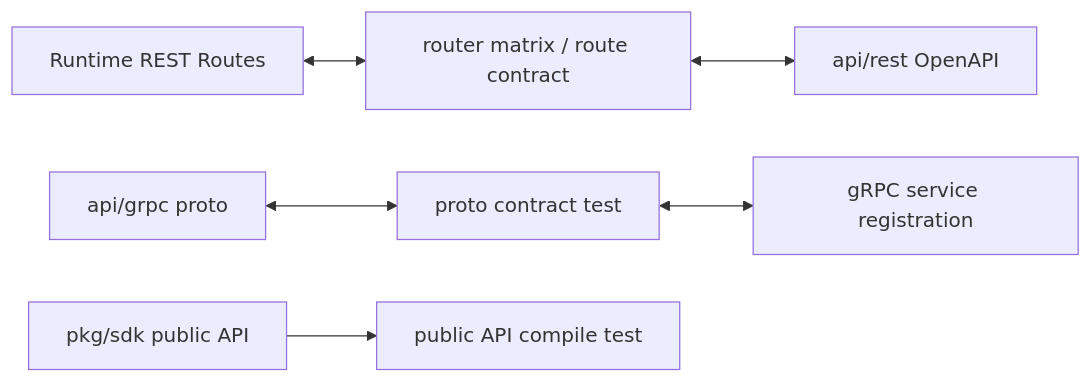
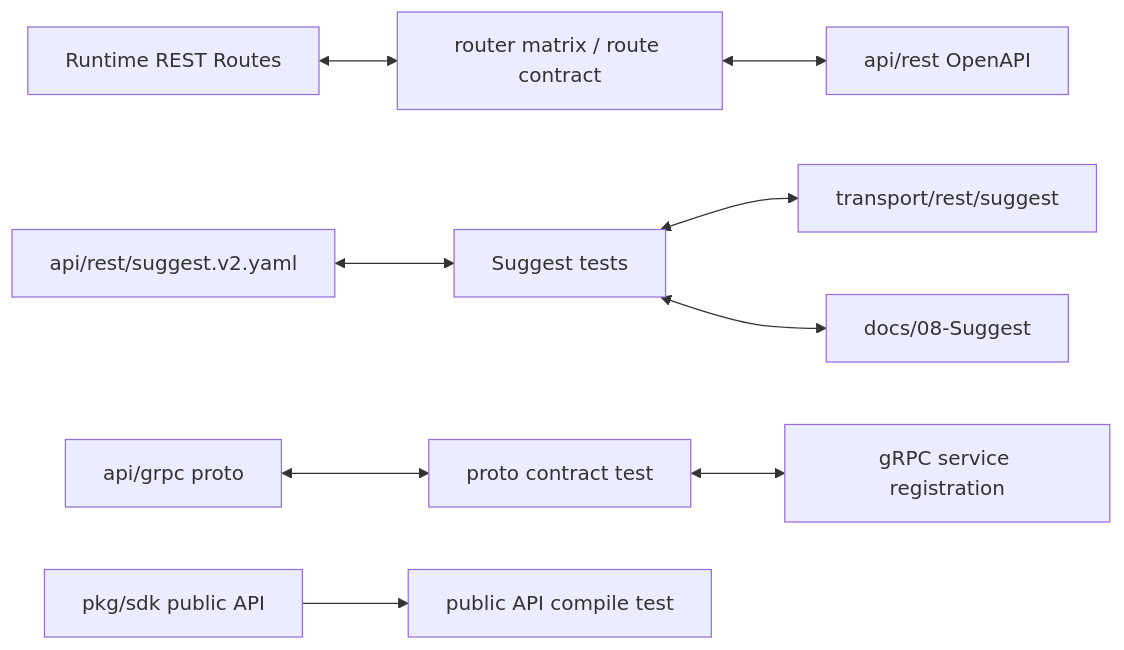
Diagram 30 of 35 in docs/07-宣讲/12-架构图素材索引.md (FangcunMount/iam), drawn with Mermaid before and after one commit. The commit also changed other lines of this file and 16 other files, not shown here.

````diff
--- a/docs/07-宣讲/12-架构图素材索引.md
+++ b/docs/07-宣讲/12-架构图素材索引.md
@@ -1475,17 +1557,24 @@
 ```mermaid
 flowchart LR
     RESTCode["Runtime REST Routes"]
     OpenAPI["api/rest OpenAPI"]
     RESTTest["router matrix / route contract"]
+
+    SuggestYAML["api/rest/suggest.v2.yaml"]
+    SuggestHandler["transport/rest/suggest"]
+    SuggestTests["Suggest tests"]
+    SuggestDocs["docs/08-Suggest"]
 
     Proto["api/grpc proto"]
     GRPCReg["gRPC service registration"]
     ProtoTest["proto contract test"]
 
     SDKAPI["pkg/sdk public API"]
     Compile["public API compile test"]
 
     RESTCode <--> RESTTest <--> OpenAPI
+    SuggestYAML <--> SuggestTests <--> SuggestHandler
+    SuggestTests <--> SuggestDocs
     Proto <--> ProtoTest <--> GRPCReg
     SDKAPI --> Compile
 ```
````
